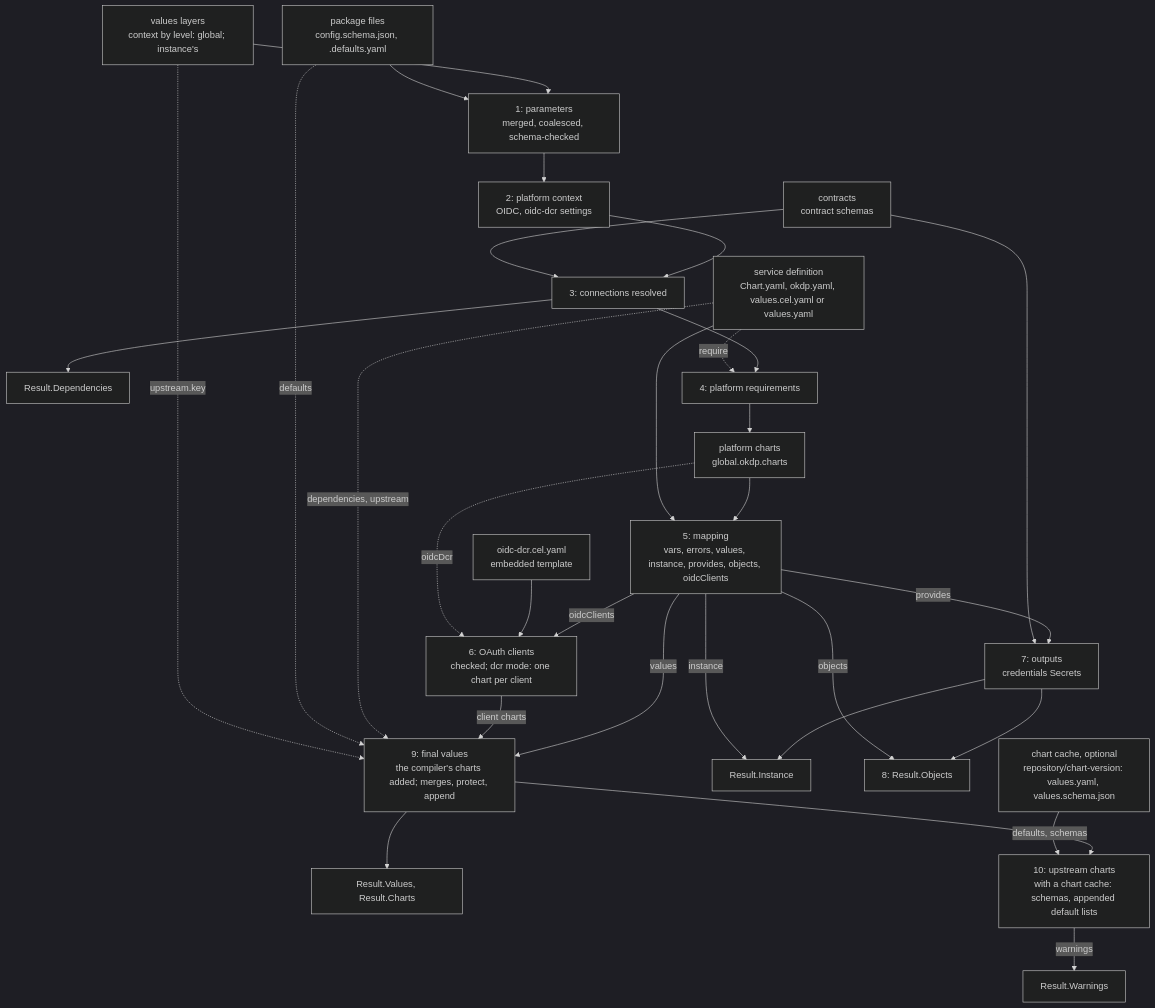
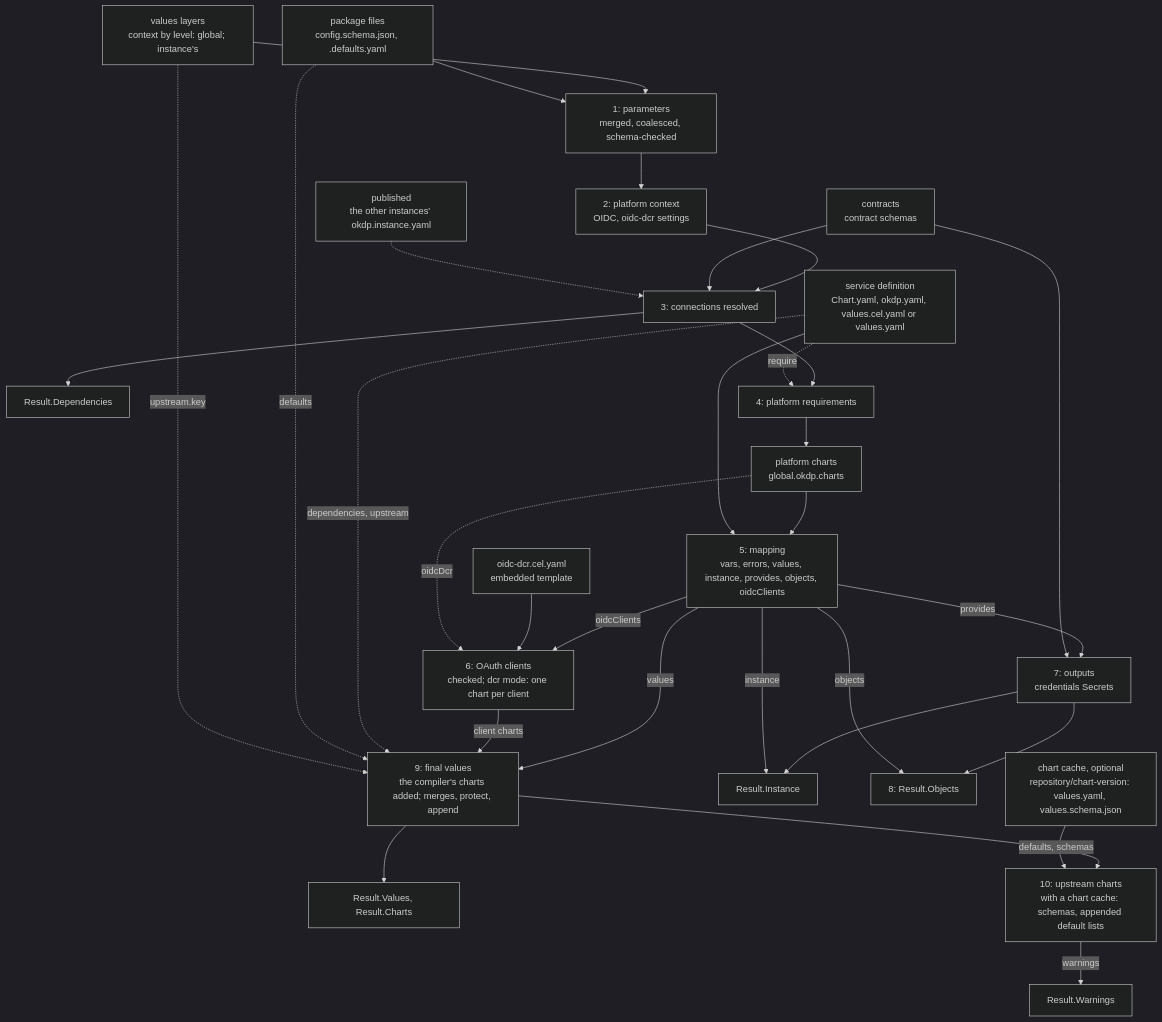
Before and after one commit to OKDP/okdp-compiler: the diagram in docs/00_architecture.md, drawn with Mermaid (dark theme). The commit also changed other lines of this file and 17 other files, not shown here.

````diff
--- a/docs/00_architecture.md
+++ b/docs/00_architecture.md
@@ -49,39 +51,41 @@
 ```mermaid
 flowchart TD
   def["service definition<br/>Chart.yaml, okdp.yaml, values.cel.yaml or values.yaml"]
   pkg["package files<br/>config.schema.json, <key>.defaults.yaml"]
   layers["values layers<br/>context by level: global; instance's"]
   contracts["contracts<br/>contract schemas"]
+  published["published<br/>the other instances' okdp.instance.yaml"]
   cache["chart cache, optional<br/>repository/chart-version: values.yaml, values.schema.json"]
   tmpl["oidc-dcr.cel.yaml<br/>embedded template"]
 
   layers --> s1["1: parameters<br/>merged, coalesced, schema-checked"]
   pkg --> s1
   s1 --> s2["2: platform context<br/>OIDC, oidc-dcr settings"]
   s2 --> s3["3: connections resolved"]
   contracts --> s3
+  published -.-> s3
   s3 --> deps["Result.Dependencies"]
   s3 --> s4["4: platform requirements"]
   def -. "require" .-> s4
   s4 --> pc["platform charts<br/>global.okdp.charts"]
   pc --> s5["5: mapping<br/>vars, errors, values, instance, provides, objects, oidcClients"]
   def --> s5
   s5 -- oidcClients --> s6["6: OAuth clients<br/>checked; dcr mode: one chart per client"]
   tmpl --> s6
   pc -. oidcDcr .-> s6
   s5 -- provides --> s7["7: outputs<br/>credentials Secrets"]
   contracts --> s7
   s7 --> inst["Result.Instance"]
   s5 -- instance --> inst
   s7 --> s8["8: Result.Objects"]
   s5 -- objects --> s8
   s5 -- values --> s9["9: final values<br/>the compiler's charts added; merges, protect, append"]
   s6 -- "client charts" --> s9
   def -. "dependencies, upstream" .-> s9
   pkg -. defaults .-> s9
   layers -. "upstream.key" .-> s9
   s9 --> vals["Result.Values, Result.Charts"]
   s9 --> s10["10: upstream charts<br/>with a chart cache: schemas, appended default lists"]
   cache -- "defaults, schemas" --> s10
   s10 -- warnings --> warn["Result.Warnings"]
 ```
````
